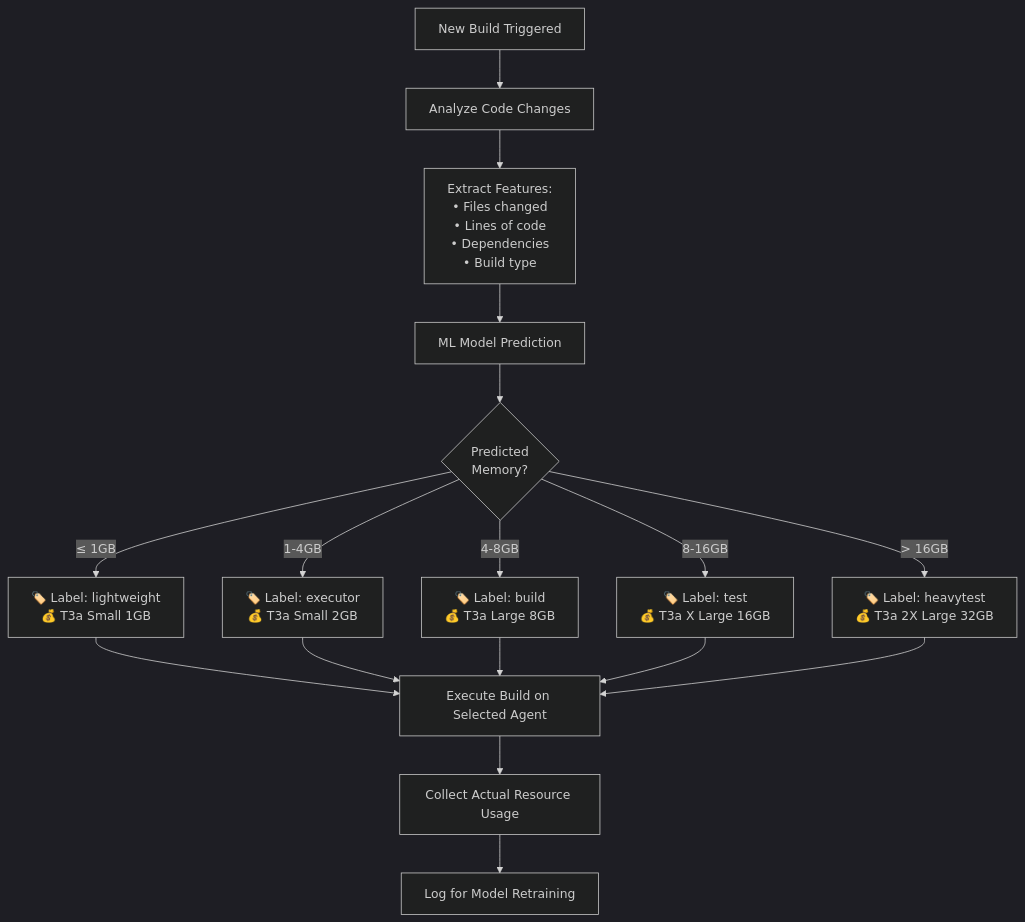
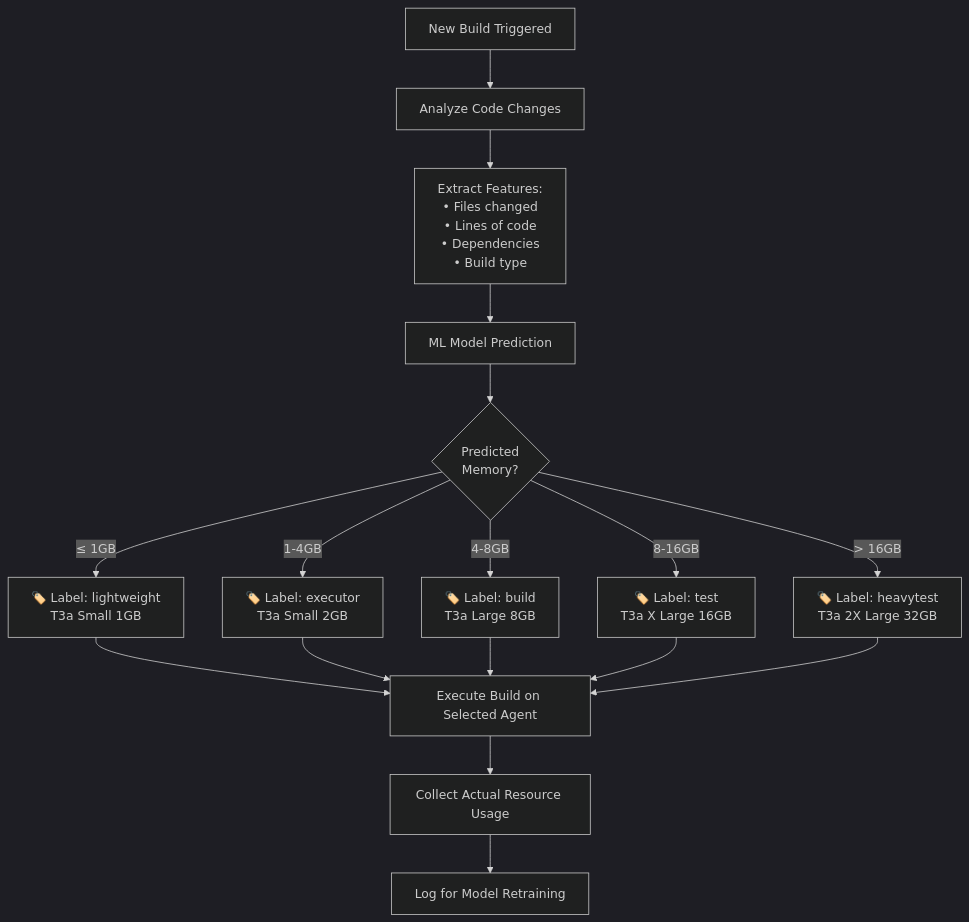
One commit to manpritsingh-mod/Anti-ML-Training changed the second of 7 diagrams in docs/IMPLEMENTATION_PLAN.md. Above: the diagram before and after it, drawn with Mermaid (dark theme). The commit also changed other lines of this file and 2 other files, not shown here.

````diff
--- a/docs/IMPLEMENTATION_PLAN.md
+++ b/docs/IMPLEMENTATION_PLAN.md
@@ -70,24 +70,24 @@
 ```mermaid
 flowchart TD
     Start[New Build Triggered] --> Analyze[Analyze Code Changes]
     Analyze --> Features[Extract Features:<br/>• Files changed<br/>• Lines of code<br/>• Dependencies<br/>• Build type]
     
     Features --> Model[ML Model Prediction]
     
     Model --> Memory{Predicted<br/>Memory?}
     
-    Memory -->|"≤ 1GB"| L1["🏷️ Label: lightweight<br/>💰 T3a Small 1GB"]
-    Memory -->|"1-4GB"| L2["🏷️ Label: executor<br/>💰 T3a Small 2GB"]
-    Memory -->|"4-8GB"| L3["🏷️ Label: build<br/>💰 T3a Large 8GB"]
-    Memory -->|"8-16GB"| L4["🏷️ Label: test<br/>💰 T3a X Large 16GB"]
-    Memory -->|"> 16GB"| L5["🏷️ Label: heavytest<br/>💰 T3a 2X Large 32GB"]
+    Memory -->|"≤ 1GB"| L1["🏷️ Label: lightweight<br/>T3a Small 1GB"]
+    Memory -->|"1-4GB"| L2["🏷️ Label: executor<br/>T3a Small 2GB"]
+    Memory -->|"4-8GB"| L3["🏷️ Label: build<br/>T3a Large 8GB"]
+    Memory -->|"8-16GB"| L4["🏷️ Label: test<br/>T3a X Large 16GB"]
+    Memory -->|"> 16GB"| L5["🏷️ Label: heavytest<br/>T3a 2X Large 32GB"]
     
     L1 --> Build[Execute Build on Selected Agent]
     L2 --> Build
     L3 --> Build
     L4 --> Build
     L5 --> Build
     
     Build --> Collect[Collect Actual Resource Usage]
     Collect --> Log[Log for Model Retraining]
 ```
````
